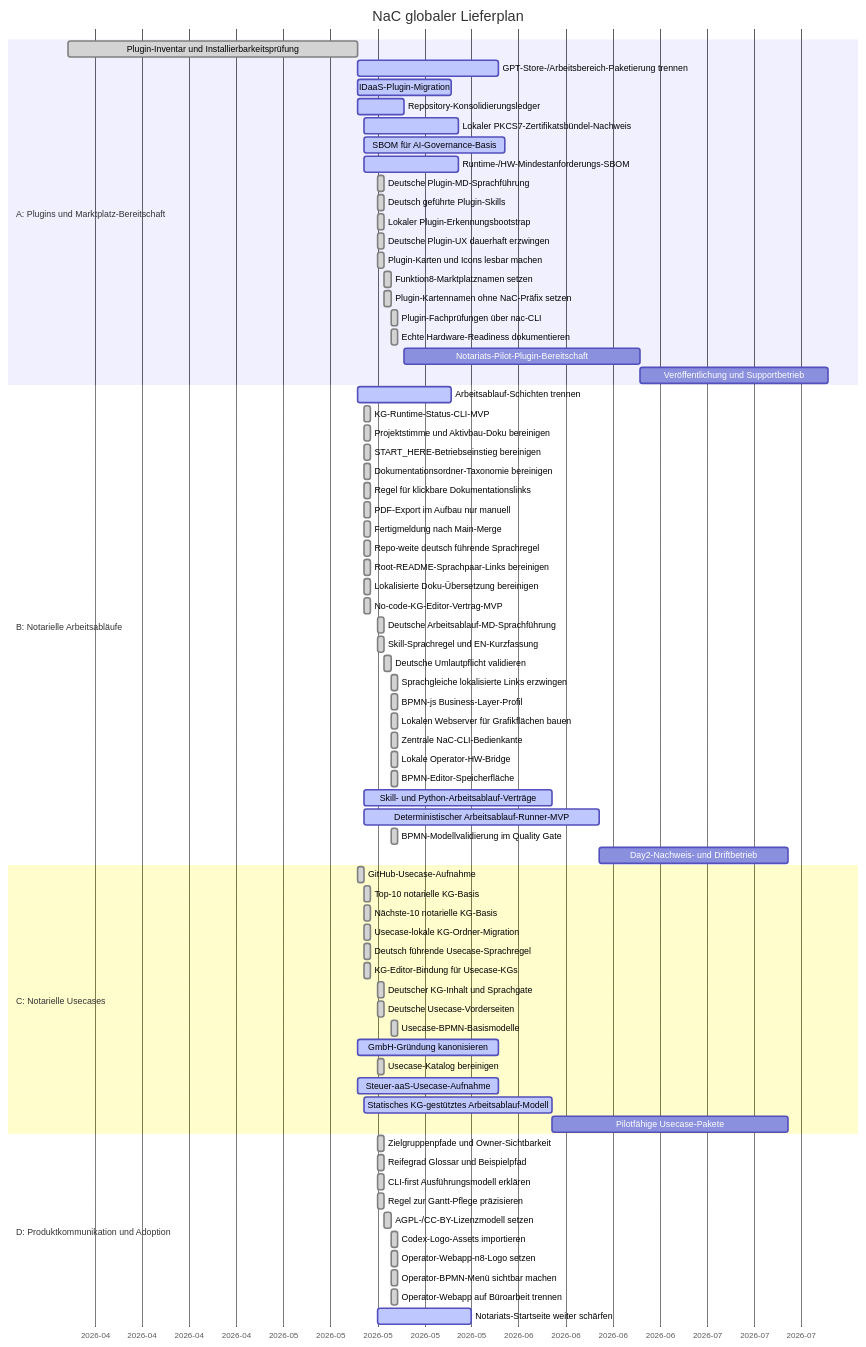
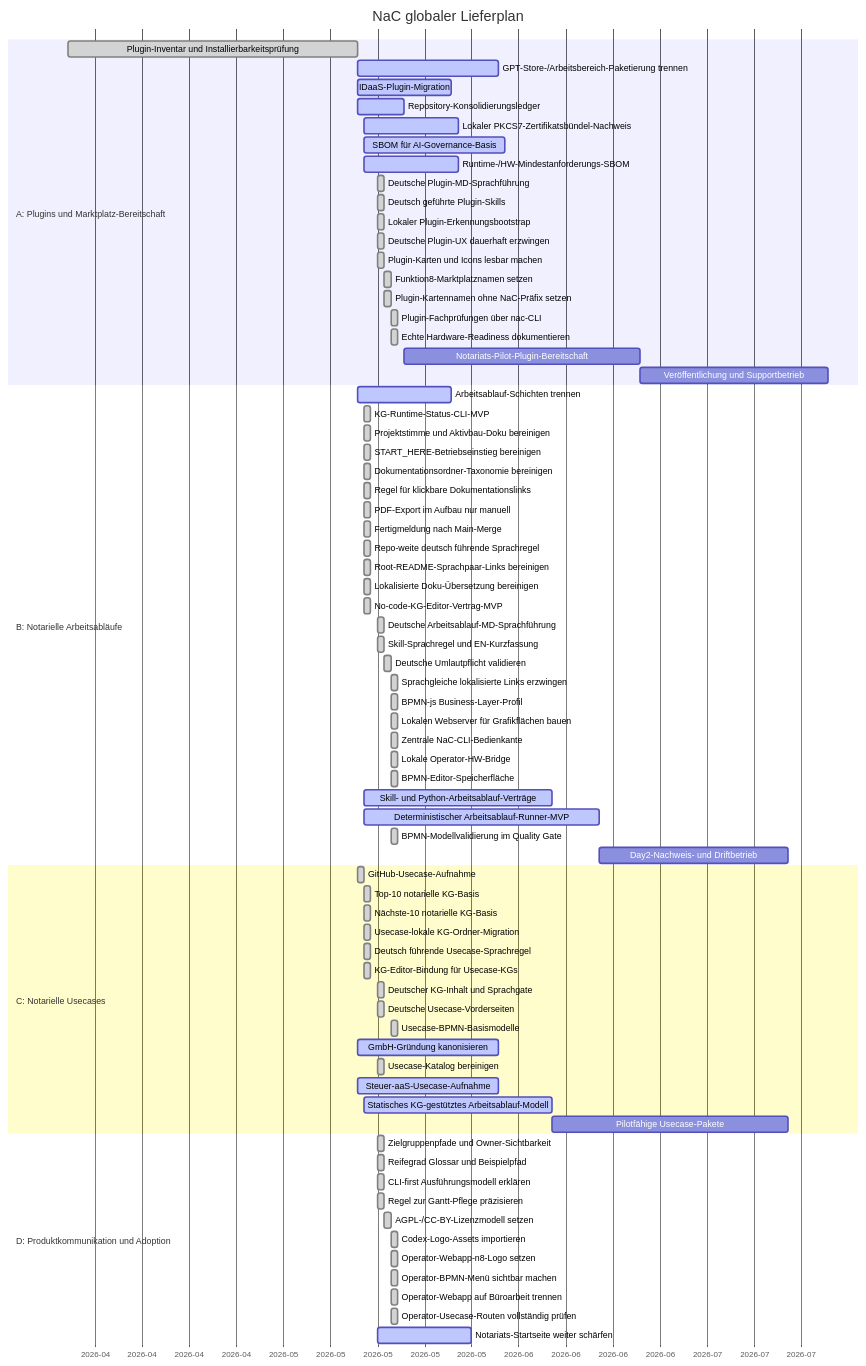
The diagram in roadmap/GANTT.md (notariat8/NaC), drawn with Mermaid before and after one commit. The commit also changed other lines of this file and 2 other files, not shown here.

Commit message:
Cover all operator usecase routes

````diff
--- a/roadmap/GANTT.md
+++ b/roadmap/GANTT.md
@@ -14,81 +14,82 @@
 ```mermaid
 gantt
     title NaC globaler Lieferplan
     dateFormat  YYYY-MM-DD
     axisFormat  %Y-%m
 
     section A: Plugins und Marktplatz-Bereitschaft
     Plugin-Inventar und Installierbarkeitsprüfung :done, a1, 2026-04-01, 2026-05-14
     GPT-Store-/Arbeitsbereich-Paketierung trennen :active, a2, 2026-05-14, 21d
     IDaaS-Plugin-Migration                       :active,  a3, 2026-05-14, 14d
     Repository-Konsolidierungsledger             :active,  a4, 2026-05-14, 7d
     Lokaler PKCS7-Zertifikatsbündel-Nachweis    :active,  a4a, 2026-05-15, 14d
     SBOM für AI-Governance-Basis                :active,  a4b, 2026-05-15, 21d
     Runtime-/HW-Mindestanforderungs-SBOM         :active,  a4c, 2026-05-15, 14d
     Deutsche Plugin-MD-Sprachführung            :done,    a4d, 2026-05-17, 1d
     Deutsch geführte Plugin-Skills              :done,    a4e, 2026-05-17, 1d
     Lokaler Plugin-Erkennungsbootstrap           :done,    a4f, 2026-05-17, 1d
     Deutsche Plugin-UX dauerhaft erzwingen       :done,    a4g, 2026-05-17, 1d
     Plugin-Karten und Icons lesbar machen        :done,    a4h, 2026-05-17, 1d
     Funktion8-Marktplatznamen setzen             :done,    a4i, 2026-05-18, 1d
     Plugin-Kartennamen ohne NaC-Präfix setzen    :done,    a4j, 2026-05-18, 1d
     Plugin-Fachprüfungen über nac-CLI            :done,    a4k, 2026-05-19, 1d
     Echte Hardware-Readiness dokumentieren       :done,    a4l, 2026-05-19, 1d
     Notariats-Pilot-Plugin-Bereitschaft          :         a5, after a4, 35d
     Veröffentlichung und Supportbetrieb         :         a6, after a5, 28d
 
     section B: Notarielle Arbeitsabläufe
     Arbeitsablauf-Schichten trennen              :active,  b1, 2026-05-14, 14d
     KG-Runtime-Status-CLI-MVP                    :done,    b1a, 2026-05-15, 1d
     Projektstimme und Aktivbau-Doku bereinigen   :done,    b1b, 2026-05-15, 1d
     START_HERE-Betriebseinstieg bereinigen       :done,    b1c, 2026-05-15, 1d
     Dokumentationsordner-Taxonomie bereinigen    :done,    b1d, 2026-05-15, 1d
     Regel für klickbare Dokumentationslinks     :done,    b1e, 2026-05-15, 1d
     PDF-Export im Aufbau nur manuell             :done,    b1f, 2026-05-15, 1d
     Fertigmeldung nach Main-Merge                :done,    b1g, 2026-05-15, 1d
     Repo-weite deutsch führende Sprachregel     :done,    b1h, 2026-05-15, 1d
     Root-README-Sprachpaar-Links bereinigen      :done,    b1i, 2026-05-15, 1d
     Lokalisierte Doku-Übersetzung bereinigen    :done,    b1j, 2026-05-15, 1d
     No-code-KG-Editor-Vertrag-MVP                :done,    b1k, 2026-05-15, 1d
     Deutsche Arbeitsablauf-MD-Sprachführung     :done,    b1l, 2026-05-17, 1d
     Skill-Sprachregel und EN-Kurzfassung         :done,    b1m, 2026-05-17, 1d
     Deutsche Umlautpflicht validieren            :done,    b1n, 2026-05-18, 1d
     Sprachgleiche lokalisierte Links erzwingen   :done,    b1na, 2026-05-19, 1d
     BPMN-js Business-Layer-Profil                :done,    b1o, 2026-05-19, 1d
     Lokalen Webserver für Grafikflächen bauen   :done,    b1p, 2026-05-19, 1d
     Zentrale NaC-CLI-Bedienkante                 :done,    b1q, 2026-05-19, 1d
     Lokale Operator-HW-Bridge                    :done,    b1r, 2026-05-19, 1d
     BPMN-Editor-Speicherfläche                   :done,    b1s, 2026-05-19, 1d
     Skill- und Python-Arbeitsablauf-Verträge    :active,  b2, 2026-05-15, 28d
     Deterministischer Arbeitsablauf-Runner-MVP   :active,  b3, 2026-05-15, 35d
     BPMN-Modellvalidierung im Quality Gate       :done,    b3a, 2026-05-19, 1d
     Day2-Nachweis- und Driftbetrieb              :         b4, after b3, 28d
 
     section C: Notarielle Usecases
     GitHub-Usecase-Aufnahme                      :done,    c1, 2026-05-14, 1d
     Top-10 notarielle KG-Basis                   :done,    c2, 2026-05-15, 1d
     Nächste-10 notarielle KG-Basis              :done,    c3, 2026-05-15, 1d
     Usecase-lokale KG-Ordner-Migration           :done,    c3a, 2026-05-15, 1d
     Deutsch führende Usecase-Sprachregel        :done,    c3b, 2026-05-15, 1d
     KG-Editor-Bindung für Usecase-KGs           :done,    c3c, 2026-05-15, 1d
     Deutscher KG-Inhalt und Sprachgate           :done,    c3d, 2026-05-17, 1d
     Deutsche Usecase-Vorderseiten                :done,    c3e, 2026-05-17, 1d
     Usecase-BPMN-Basismodelle                    :done,    c3f, 2026-05-19, 1d
     GmbH-Gründung kanonisieren                  :active,  c4, 2026-05-14, 21d
     Usecase-Katalog bereinigen                 :done,    c5, 2026-05-17, 1d
     Steuer-aaS-Usecase-Aufnahme                  :active,  c6, 2026-05-14, 21d
     Statisches KG-gestütztes Arbeitsablauf-Modell :active, c7, 2026-05-15, 28d
     Pilotfähige Usecase-Pakete                  :         c8, after c7, 35d
 
     section D: Produktkommunikation und Adoption
     Zielgruppenpfade und Owner-Sichtbarkeit      :done,    d1, 2026-05-17, 1d
     Reifegrad Glossar und Beispielpfad           :done,    d1a, 2026-05-17, 1d
     CLI-first Ausführungsmodell erklären       :done,    d1b, 2026-05-17, 1d
     Regel zur Gantt-Pflege präzisieren         :done,    d1c, 2026-05-17, 1d
     AGPL-/CC-BY-Lizenzmodell setzen              :done,    d1d, 2026-05-18, 1d
     Codex-Logo-Assets importieren                :done,    d1e, 2026-05-19, 1d
     Operator-Webapp-n8-Logo setzen               :done,    d1f, 2026-05-19, 1d
     Operator-BPMN-Menü sichtbar machen           :done,    d1g, 2026-05-19, 1d
     Operator-Webapp auf Büroarbeit trennen       :done,    d1h, 2026-05-19, 1d
+    Operator-Usecase-Routen vollständig prüfen   :done,    d1i, 2026-05-19, 1d
     Notariats-Startseite weiter schärfen        :active,  d2, 2026-05-17, 14d
 ```
````
